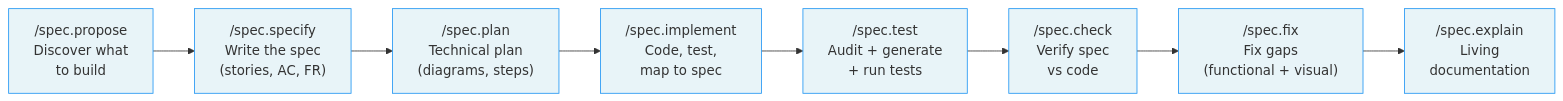
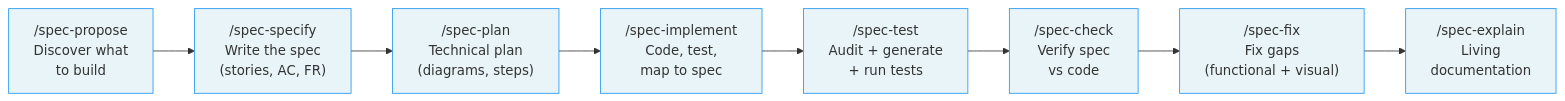
Before and after one commit to julien-m/livespec: the first of 2 diagrams in README.md, drawn with Mermaid. The commit also changed other lines of this file and 312 other files, not shown here.

````diff
--- a/README.md
+++ b/README.md
@@ -38,19 +38,19 @@
 ```mermaid
 flowchart LR
-    P["/spec.propose\nDiscover what\nto build"] --> S["/spec.specify\nWrite the spec\n(stories, AC, FR)"]
-    S --> PL["/spec.plan\nTechnical plan\n(diagrams, steps)"]
-    PL --> I["/spec.implement\nCode, test,\nmap to spec"]
-    I --> T["/spec.test\nAudit + generate\n+ run tests"]
-    T --> C["/spec.check\nVerify spec\nvs code"]
-    C --> F["/spec.fix\nFix gaps\n(functional + visual)"]
-    F --> E["/spec.explain\nLiving\ndocumentation"]
+    P["/spec-propose\nDiscover what\nto build"] --> S["/spec-specify\nWrite the spec\n(stories, AC, FR)"]
+    S --> PL["/spec-plan\nTechnical plan\n(diagrams, steps)"]
+    PL --> I["/spec-implement\nCode, test,\nmap to spec"]
+    I --> T["/spec-test\nAudit + generate\n+ run tests"]
+    T --> C["/spec-check\nVerify spec\nvs code"]
+    C --> F["/spec-fix\nFix gaps\n(functional + visual)"]
+    F --> E["/spec-explain\nLiving\ndocumentation"]
 
     style P fill:#e8f4f8,stroke:#2196F3
     style S fill:#e8f4f8,stroke:#2196F3
     style PL fill:#e8f4f8,stroke:#2196F3
     style I fill:#e8f4f8,stroke:#2196F3
     style T fill:#e8f4f8,stroke:#2196F3
     style C fill:#e8f4f8,stroke:#2196F3
     style F fill:#e8f4f8,stroke:#2196F3
     style E fill:#e8f4f8,stroke:#2196F3
 ```
````
